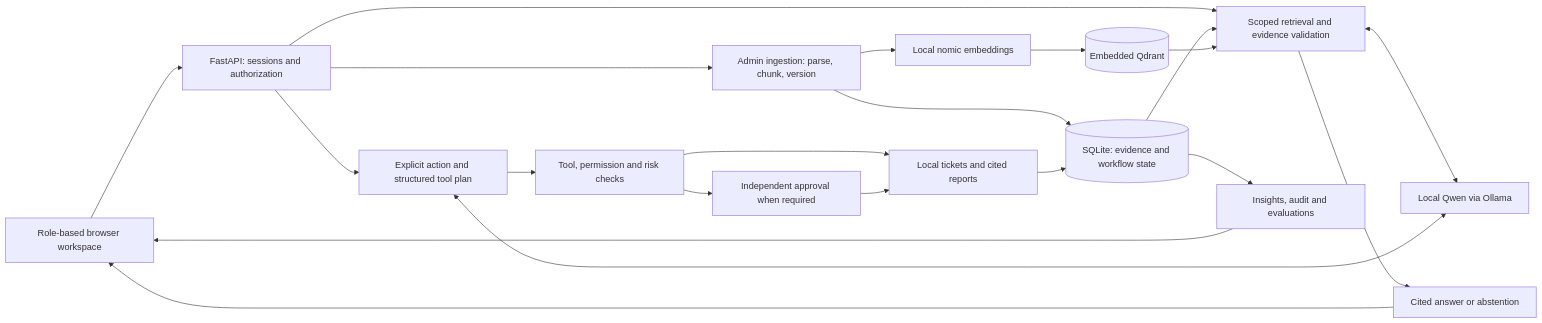
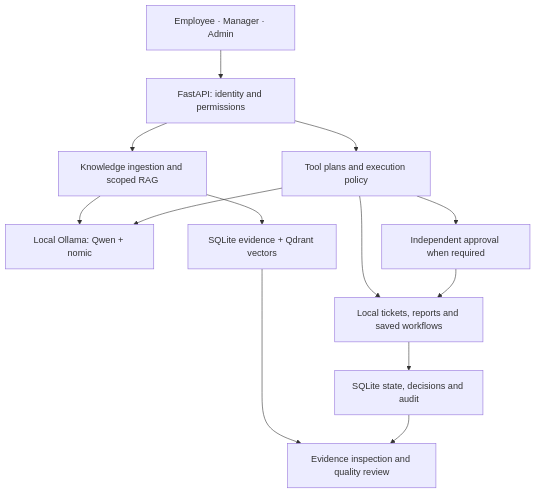
One commit to MohamedZakkaria2004/Threadline changed the diagram in README.md. Above: the diagram before and after it, drawn with Mermaid. The commit also changed other lines of this file and 1 other file, not shown here.

Commit message:
Improve architecture diagram readability on GitHub

````diff
--- a/README.md
+++ b/README.md
@@ -68,23 +68,15 @@
 ```mermaid
-flowchart LR
-    UI["Role-based browser workspace"] --> API["FastAPI: sessions and authorization"]
-    API --> ING["Admin ingestion: parse, chunk, version"]
-    ING --> EMB["Local nomic embeddings"]
-    EMB --> VEC[("Embedded Qdrant")]
-    ING --> SQL[("SQLite: evidence and workflow state")]
-    API --> RAG["Scoped retrieval and evidence validation"]
-    SQL --> RAG
-    VEC --> RAG
-    RAG <--> LLM["Local Qwen via Ollama"]
-    RAG --> ANSWER["Cited answer or abstention"]
-    API --> PLAN["Explicit action and structured tool plan"]
-    PLAN <--> LLM
-    PLAN --> POLICY["Tool, permission and risk checks"]
-    POLICY --> REVIEW["Independent approval when required"]
-    POLICY --> TOOLS["Local tickets and cited reports"]
-    REVIEW --> TOOLS
-    TOOLS --> SQL
-    SQL --> OBS["Insights, audit and evaluations"]
-    ANSWER --> UI
-    OBS --> UI
+flowchart TD
+    UI["Employee · Manager · Admin"] --> API["FastAPI: identity and permissions"]
+    API --> KNOW["Knowledge ingestion and scoped RAG"]
+    API --> AGENT["Tool plans and execution policy"]
+    KNOW --> MODEL["Local Ollama: Qwen + nomic"]
+    AGENT --> MODEL
+    KNOW --> DATA["SQLite evidence + Qdrant vectors"]
+    AGENT --> CONTROL["Independent approval when required"]
+    AGENT --> WORK["Local tickets, reports and saved workflows"]
+    CONTROL --> WORK
+    WORK --> SQL["SQLite state, decisions and audit"]
+    DATA --> REVIEW["Evidence inspection and quality review"]
+    SQL --> REVIEW
 ```
````
